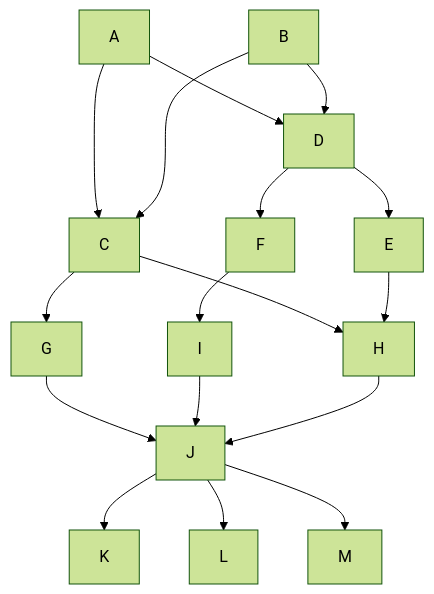
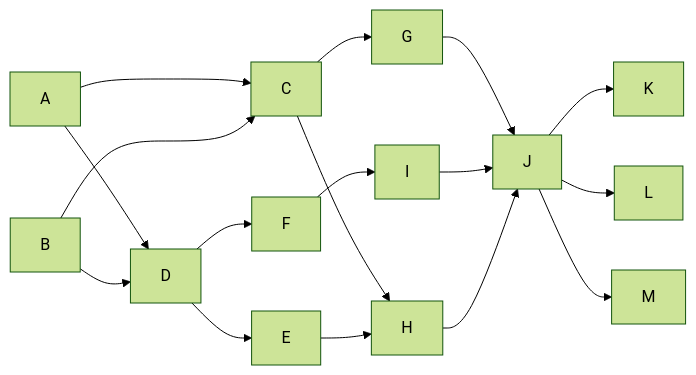
One commit to liijunwei/practice changed the diagram in golang/graph/dfs/graph.md. Above: the diagram before and after it, drawn with Mermaid (forest theme). The commit also changed other lines of this file, not shown here.

Commit message:
Update graph

````diff
--- a/golang/graph/dfs/graph.md
+++ b/golang/graph/dfs/graph.md
@@ -3,19 +6,19 @@
 ```mermaid
-flowchart TD
+flowchart LR
     A --> C
     A --> D
     B --> C
     B --> D
     D --> E
     D --> F
     C --> G
     C --> H
     E --> H
     F --> I
     G --> J
     I --> J
     H --> J
     J --> K
     J --> L
     J --> M
 ```
````
